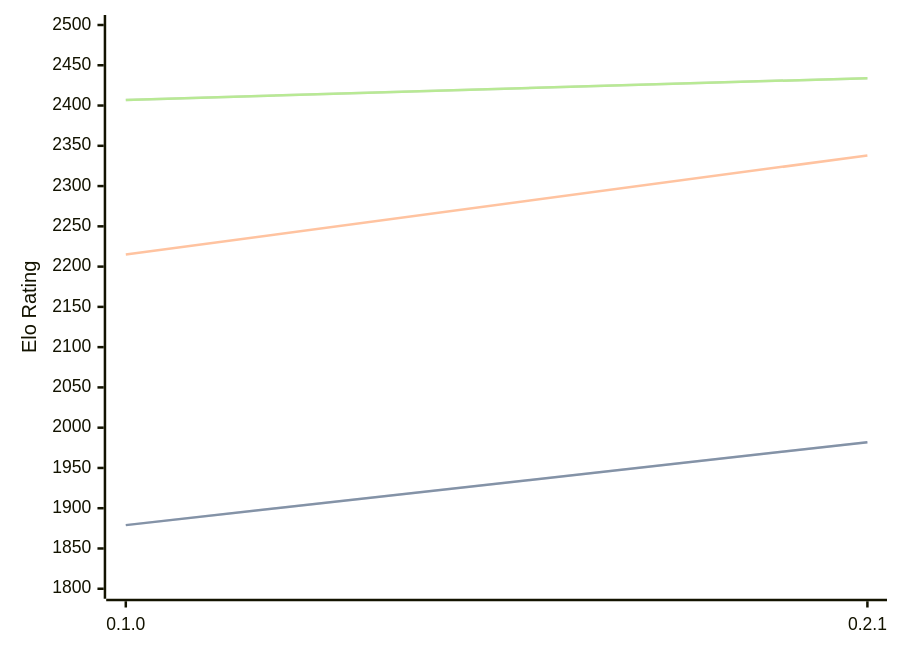
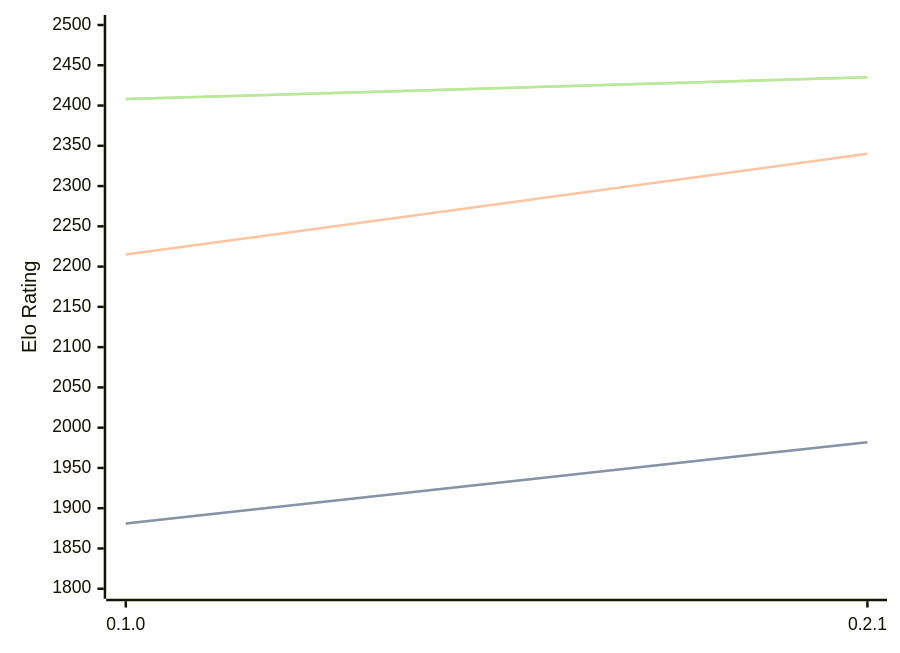
One commit to computer-chess-index/cci changed the third of 3 diagrams in engines/Sykora.md. Above: the diagram before and after it, drawn with Mermaid. The commit also changed other lines of this file, not shown here.

Commit message:
Update CCI Ratings (ELO VLTC) - 2026-06-30

````diff
--- a/engines/Sykora.md
+++ b/engines/Sykora.md
@@ -66,11 +66,11 @@
 ```mermaid
 %%{init: {"theme":"base","themeVariables":{"seriesColors:['#a3a3a3','#222221','#faa371']}}}%%
 xychart-beta
   x-axis ["0.1.0", "0.2.1"]
   y-axis "Elo Rating" 1800 --> 2500
-  line "STC (8.0+0.08s)" [1879, 1982]
-  line "STC (8.0+0.08s)" [1879, 1982]
-  line "LTC (60.0+0.60s)" [2215, 2338]
-  line "VLTC (2m24s+1.12s)" [2407, 2434]
-  line "VLTC (2m24s+1.12s)" [2407, 2434]
+  line "STC (8.0+0.08s)" [1881, 1982]
+  line "STC (8.0+0.08s)" [1881, 1982]
+  line "LTC (60.0+0.60s)" [2215, 2340]
+  line "VLTC (2m24s+1.12s)" [2408, 2435]
+  line "VLTC (2m24s+1.12s)" [2408, 2435]
 ```
````
